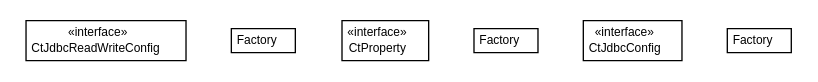
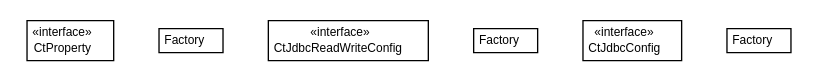
One commit to synchronoss/cpo-api changed the diagram in site/apidocs/org/synchronoss/cpo/jdbc/cpoJdbcConfig/org.synchronoss.cpo.jdbc.cpoJdbcConfig.dot. Above: the diagram before and after it, drawn with Graphviz. The commit also changed 1957 other files, not shown here.

```diff
--- a/site/apidocs/org/synchronoss/cpo/jdbc/cpoJdbcConfig/org.synchronoss.cpo.jdbc.cpoJdbcConfig.dot
+++ b/site/apidocs/org/synchronoss/cpo/jdbc/cpoJdbcConfig/org.synchronoss.cpo.jdbc.cpoJdbcConfig.dot
@@ -1,49 +1,49 @@
 #!/usr/local/bin/dot
 #
 # Class diagram 
 # Generated by UmlGraph version 4.6 (http://www.spinellis.gr/sw/umlgraph)
 #
 
 digraph G {
 	edge [fontname="Helvetica",fontsize=10,labelfontname="Helvetica",labelfontsize=10];
 	node [fontname="Helvetica",fontsize=10,shape=plaintext];
+	// org.synchronoss.cpo.jdbc.cpoJdbcConfig.CtProperty
+	c4686 [label=<<table border="0" cellborder="1" cellspacing="0" cellpadding="2" port="p" href="./CtProperty.html">
+		<tr><td><table border="0" cellspacing="0" cellpadding="1">
+			<tr><td> &laquo;interface&raquo; </td></tr>
+			<tr><td> CtProperty </td></tr>
+		</table></td></tr>
+		</table>>, fontname="Helvetica", fontcolor="black", fontsize=9.0];
+	// org.synchronoss.cpo.jdbc.cpoJdbcConfig.CtProperty.Factory
+	c4687 [label=<<table border="0" cellborder="1" cellspacing="0" cellpadding="2" port="p" href="./CtProperty.Factory.html">
+		<tr><td><table border="0" cellspacing="0" cellpadding="1">
+			<tr><td> Factory </td></tr>
+		</table></td></tr>
+		</table>>, fontname="Helvetica", fontcolor="black", fontsize=9.0];
 	// org.synchronoss.cpo.jdbc.cpoJdbcConfig.CtJdbcReadWriteConfig
-	c4642 [label=<<table border="0" cellborder="1" cellspacing="0" cellpadding="2" port="p" href="./CtJdbcReadWriteConfig.html">
+	c4688 [label=<<table border="0" cellborder="1" cellspacing="0" cellpadding="2" port="p" href="./CtJdbcReadWriteConfig.html">
 		<tr><td><table border="0" cellspacing="0" cellpadding="1">
 			<tr><td> &laquo;interface&raquo; </td></tr>
 			<tr><td> CtJdbcReadWriteConfig </td></tr>
 		</table></td></tr>
 		</table>>, fontname="Helvetica", fontcolor="black", fontsize=9.0];
 	// org.synchronoss.cpo.jdbc.cpoJdbcConfig.CtJdbcReadWriteConfig.Factory
-	c4643 [label=<<table border="0" cellborder="1" cellspacing="0" cellpadding="2" port="p" href="./CtJdbcReadWriteConfig.Factory.html">
-		<tr><td><table border="0" cellspacing="0" cellpadding="1">
-			<tr><td> Factory </td></tr>
-		</table></td></tr>
-		</table>>, fontname="Helvetica", fontcolor="black", fontsize=9.0];
-	// org.synchronoss.cpo.jdbc.cpoJdbcConfig.CtProperty
-	c4644 [label=<<table border="0" cellborder="1" cellspacing="0" cellpadding="2" port="p" href="./CtProperty.html">
-		<tr><td><table border="0" cellspacing="0" cellpadding="1">
-			<tr><td> &laquo;interface&raquo; </td></tr>
-			<tr><td> CtProperty </td></tr>
-		</table></td></tr>
-		</table>>, fontname="Helvetica", fontcolor="black", fontsize=9.0];
-	// org.synchronoss.cpo.jdbc.cpoJdbcConfig.CtProperty.Factory
-	c4645 [label=<<table border="0" cellborder="1" cellspacing="0" cellpadding="2" port="p" href="./CtProperty.Factory.html">
+	c4689 [label=<<table border="0" cellborder="1" cellspacing="0" cellpadding="2" port="p" href="./CtJdbcReadWriteConfig.Factory.html">
 		<tr><td><table border="0" cellspacing="0" cellpadding="1">
 			<tr><td> Factory </td></tr>
 		</table></td></tr>
 		</table>>, fontname="Helvetica", fontcolor="black", fontsize=9.0];
 	// org.synchronoss.cpo.jdbc.cpoJdbcConfig.CtJdbcConfig
-	c4646 [label=<<table border="0" cellborder="1" cellspacing="0" cellpadding="2" port="p" href="./CtJdbcConfig.html">
+	c4690 [label=<<table border="0" cellborder="1" cellspacing="0" cellpadding="2" port="p" href="./CtJdbcConfig.html">
 		<tr><td><table border="0" cellspacing="0" cellpadding="1">
 			<tr><td> &laquo;interface&raquo; </td></tr>
 			<tr><td> CtJdbcConfig </td></tr>
 		</table></td></tr>
 		</table>>, fontname="Helvetica", fontcolor="black", fontsize=9.0];
 	// org.synchronoss.cpo.jdbc.cpoJdbcConfig.CtJdbcConfig.Factory
-	c4647 [label=<<table border="0" cellborder="1" cellspacing="0" cellpadding="2" port="p" href="./CtJdbcConfig.Factory.html">
+	c4691 [label=<<table border="0" cellborder="1" cellspacing="0" cellpadding="2" port="p" href="./CtJdbcConfig.Factory.html">
 		<tr><td><table border="0" cellspacing="0" cellpadding="1">
 			<tr><td> Factory </td></tr>
 		</table></td></tr>
 		</table>>, fontname="Helvetica", fontcolor="black", fontsize=9.0];
 }
```
